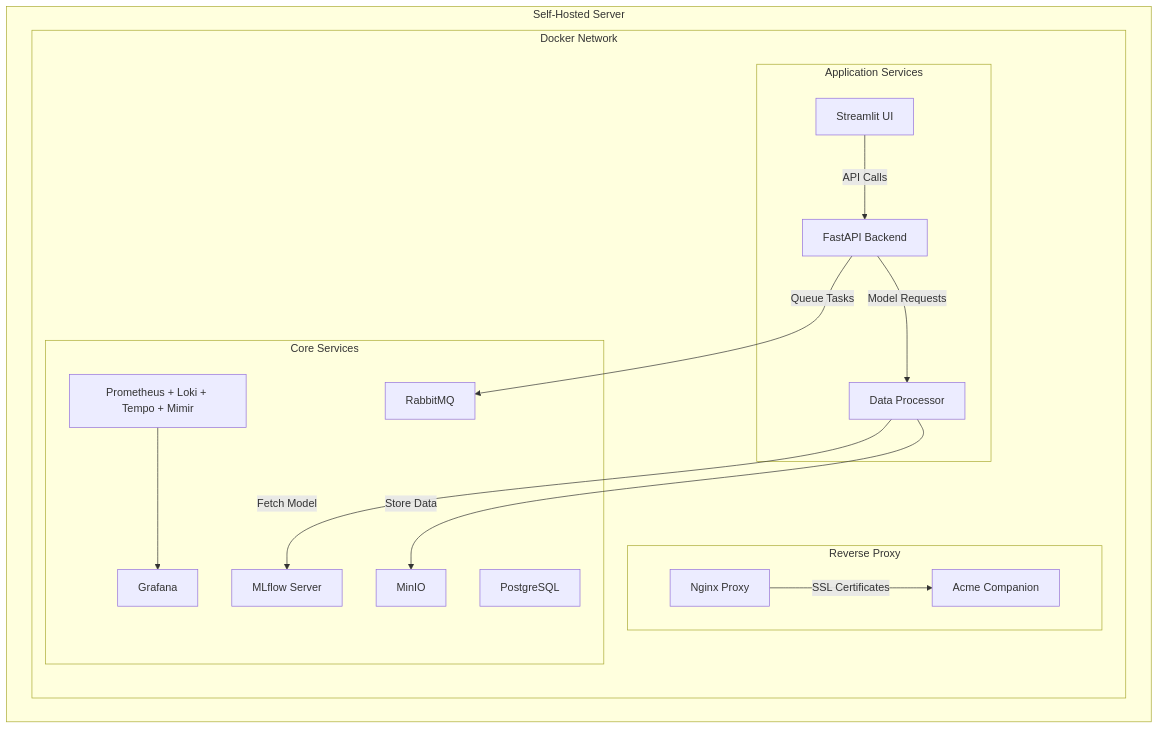
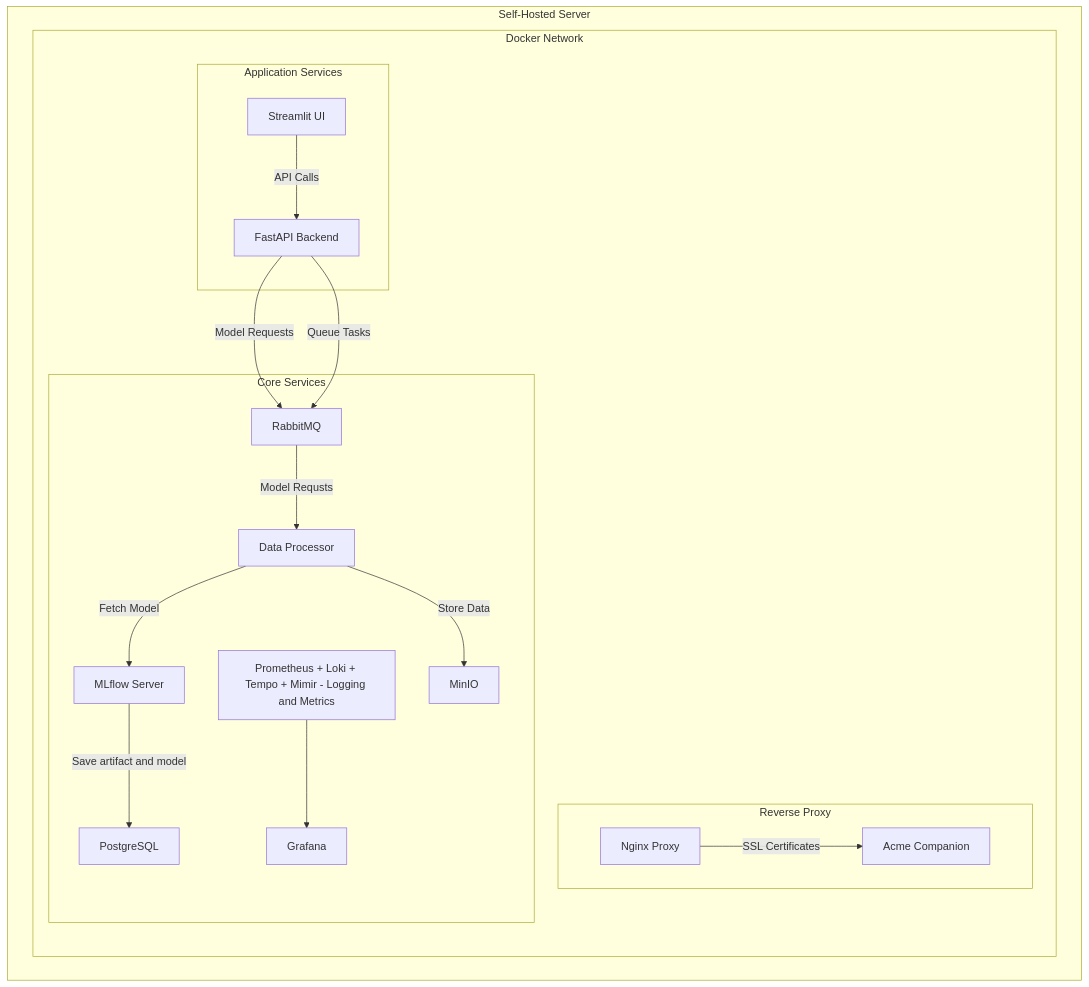
Before and after one commit to fhswf-study-projects/mlops-compose-stack: the diagram in docs/deployment_view.rst, drawn with Mermaid. The commit also changed other lines of this file, not shown here.

```diff
--- a/docs/deployment_view.rst
+++ b/docs/deployment_view.rst
@@ -19,26 +19,28 @@
 .. mermaid::
 
-    graph TD
+    graph TB
         subgraph Self-Hosted Server
             subgraph Docker Network
                 subgraph Reverse Proxy
                     Nginx[Nginx Proxy] -->|SSL Certificates| Acme[Acme Companion]
                 end
 
                 subgraph Core Services
                     DB[PostgreSQL]
                     MQ[RabbitMQ]
+                    DP[Data Processor]
                     S3[MinIO]
-                    MLflow[MLflow Server]
-                    Logs[Prometheus + Loki + Tempo + Mimir] --> Grafana[Grafana]
+                    MLflow[MLflow Server] --> |Save artifact and model| DB
+                    Logs[Prometheus + Loki + Tempo + Mimir - Logging and Metrics] --> Grafana[Grafana]
                 end
 
                 subgraph Application Services
                     UI[Streamlit UI] -->|API Calls| API[FastAPI Backend]
-                    API -->|Model Requests| DP[Data Processor]
+                    API -->|Model Requests| MQ
+                    MQ --> |Model Requsts| DP
                     DP -->|Fetch Model| MLflow
                     DP -->|Store Data| S3
                     API -->|Queue Tasks| MQ
                 end
             end
         end
```
